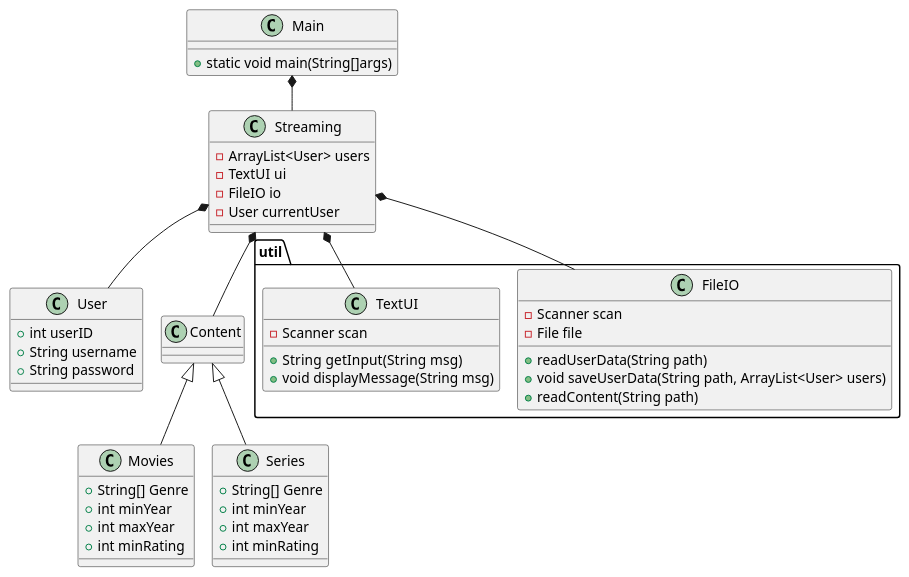
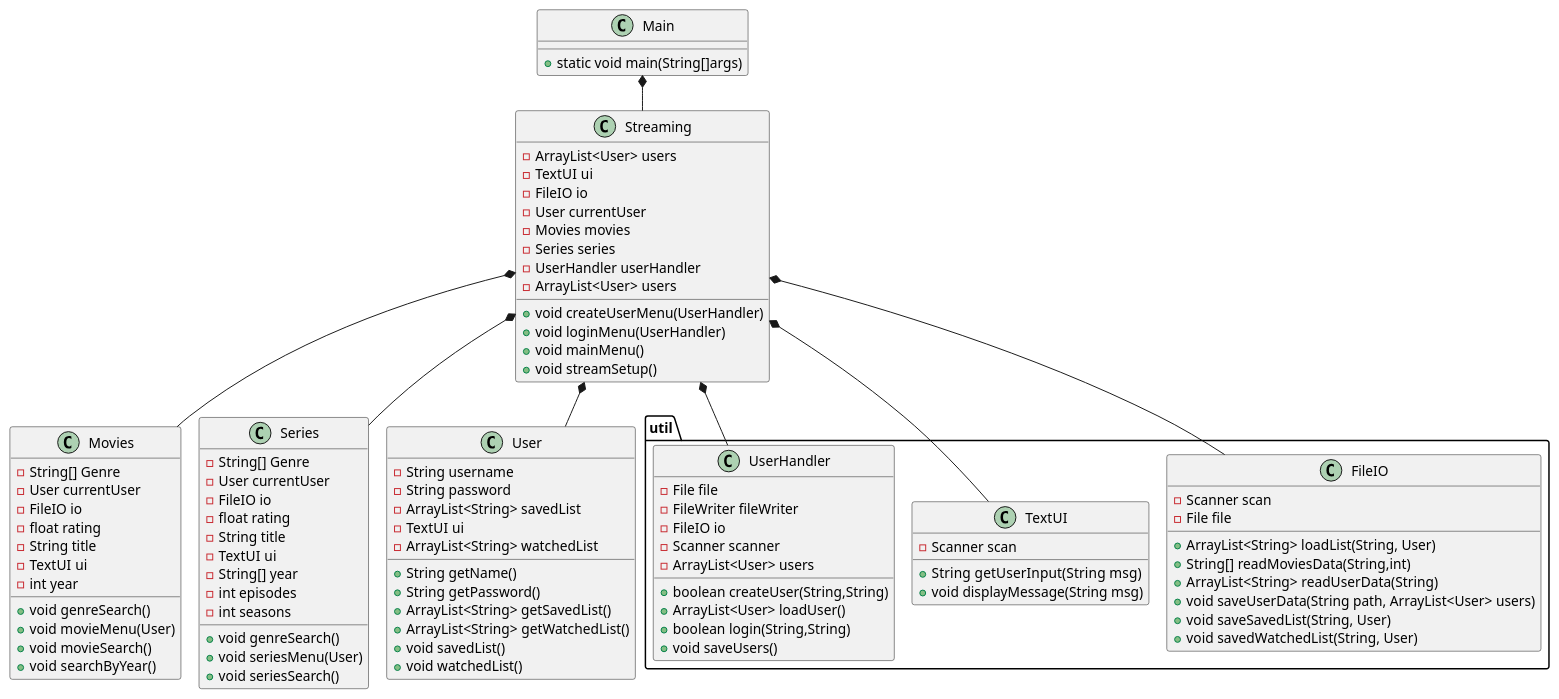
One commit to mbm1337/SP3 changed the diagram in Doc/classdiagram.puml. Above: the diagram before and after it, drawn with PlantUML.

```diff
--- a/Doc/classdiagram.puml
+++ b/Doc/classdiagram.puml
@@ -1,72 +1,121 @@
 @startuml
 'https://plantuml.com/sequence-diagram
 !pragma layout smetana
 
 class Main{
 +static void main(String[]args)
 }
 
 class Streaming{
 -ArrayList<User> users
 -TextUI ui
 -FileIO io
-- User currentUser
+-User currentUser
+-Movies movies
+-Series series
+-UserHandler userHandler
+-ArrayList<User> users
++void createUserMenu(UserHandler)
++void loginMenu(UserHandler)
++void mainMenu()
++void streamSetup()
 
 }
 
 class Movies{
-+ String[] Genre
-+ int minYear
-+ int maxYear
-+ int minRating
+-String[] Genre
+-User currentUser
+-FileIO io
+-float rating
+-String title
+-TextUI ui
+-int year
++void genreSearch()
++void movieMenu(User)
++void movieSearch()
++void searchByYear()
+
 }
 
 class Series{
-+ String[] Genre
-+ int minYear
-+ int maxYear
-+ int minRating
+-String[] Genre
+-User currentUser
+-FileIO io
+-float rating
+-String title
+-TextUI ui
+-String[] year
+-int episodes
+-int seasons
+
++void genreSearch()
++void seriesMenu(User)
++void seriesSearch()
 }
 
 package "util"{
 class FileIO{
 -Scanner scan
 -File file
-+readUserData(String path)
++ArrayList<String> loadList(String, User)
++String[] readMoviesData(String,int)
++ArrayList<String> readUserData(String)
 +void saveUserData(String path, ArrayList<User> users)
-+readContent(String path)
-
++void saveSavedList(String, User)
++void savedWatchedList(String, User)
 }
 
 
 class TextUI{
 -Scanner scan
-+ String  getInput(String msg)
++ String  getUserInput(String msg)
 + void displayMessage(String msg)
 
 }
 
-}
-
-class User{
-+ int userID
-+ String username
-+ String password
+class UserHandler{
+-File file
+-FileWriter fileWriter
+-FileIO io
+-Scanner scanner
+-ArrayList<User> users
++boolean createUser(String,String)
++ArrayList<User> loadUser()
++boolean login(String,String)
++void saveUsers()
 
 }
 
 
+}
+
+class User{
+- String username
+- String password
+- ArrayList<String> savedList
+- TextUI ui
+- ArrayList<String> watchedList
++ String getName()
++ String getPassword()
++ ArrayList<String> getSavedList()
++ ArrayList<String> getWatchedList()
++ void savedList()
++ void watchedList()
+}
+
+
 Main *-- Streaming
-Streaming *-- Content
-Content <|-- Series
-Content <|-- Movies
+
+Streaming*-- Series
+Streaming*-- Movies
 
 Streaming *-- TextUI
 Streaming *-- FileIO
+Streaming *-- UserHandler
 
 Streaming *-- User
 
 
 
 
 @enduml
```
